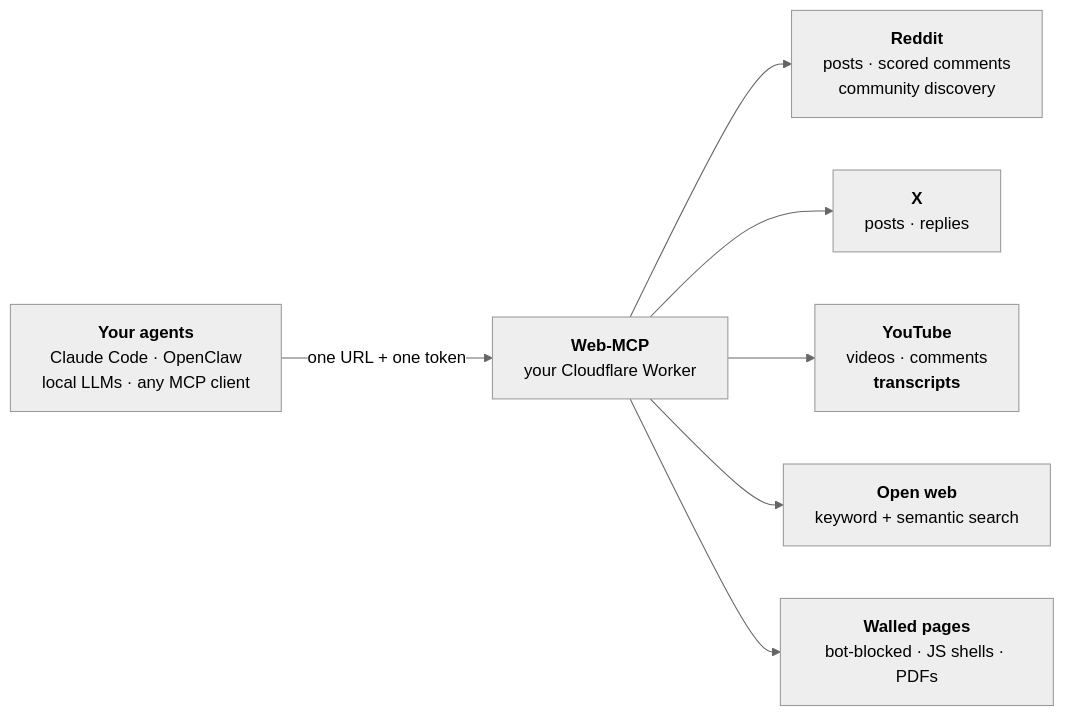
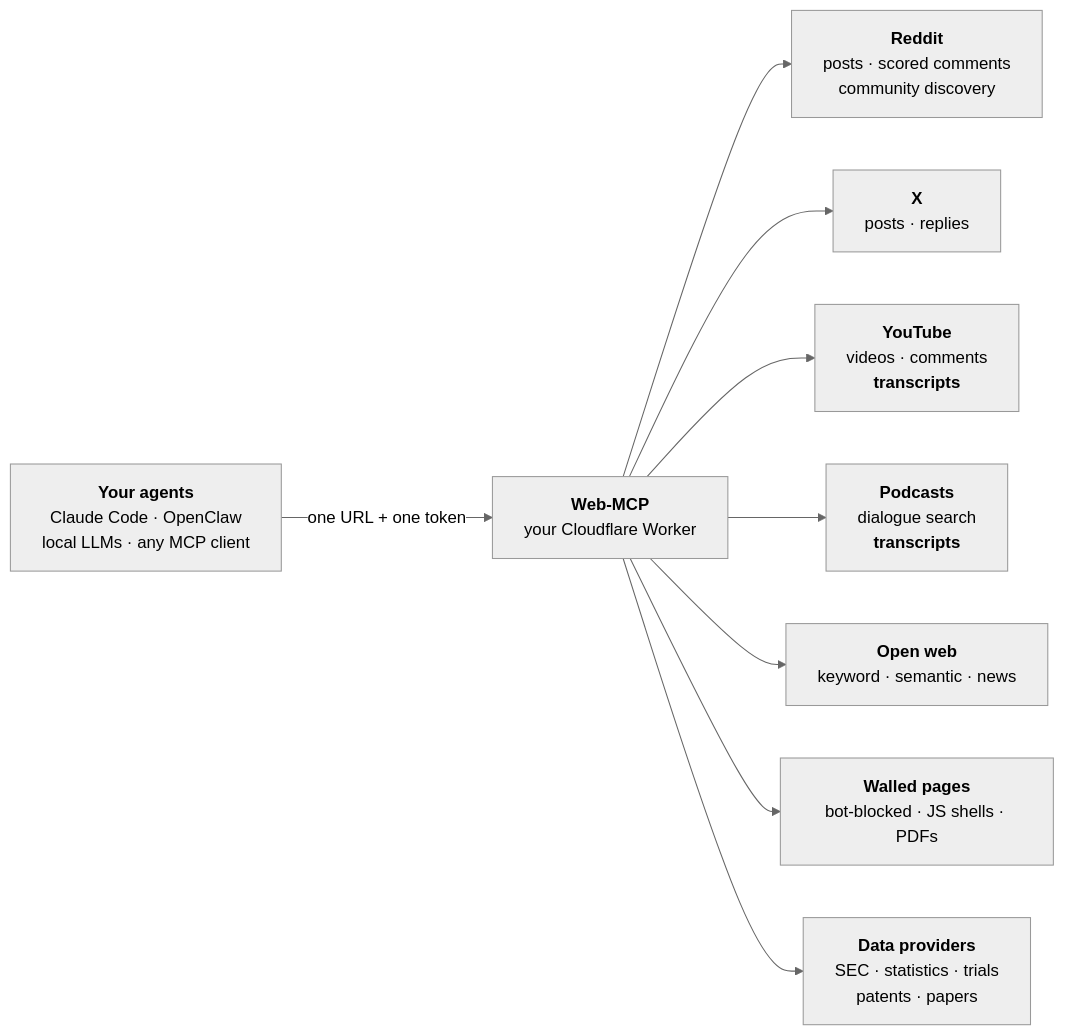
The first of 4 diagrams in README.md (mike-nott/web-mcp), drawn with Mermaid (neutral theme) before and after one commit. The commit also changed other lines of this file, not shown here.

Commit message:
README: podcasts, news, Alexandria and the new fetch_page routes

````diff
--- a/README.md
+++ b/README.md
@@ -14,11 +14,13 @@
 ```mermaid
 flowchart LR
     A["<b>Your agents</b><br/>Claude Code · OpenClaw<br/>local LLMs · any MCP client"]
     W["<b>Web-MCP</b><br/>your Cloudflare Worker"]
     A -->|one URL + one token| W
     W --> R["<b>Reddit</b><br/>posts · scored comments<br/>community discovery"]
     W --> X["<b>X</b><br/>posts · replies"]
     W --> Y["<b>YouTube</b><br/>videos · comments<br/><b>transcripts</b>"]
-    W --> S["<b>Open web</b><br/>keyword + semantic search"]
+    W --> PO["<b>Podcasts</b><br/>dialogue search<br/><b>transcripts</b>"]
+    W --> S["<b>Open web</b><br/>keyword · semantic · news"]
     W --> P["<b>Walled pages</b><br/>bot-blocked · JS shells · PDFs"]
+    W --> D["<b>Data providers</b><br/>SEC · statistics · trials<br/>patents · papers"]
 ```
````
